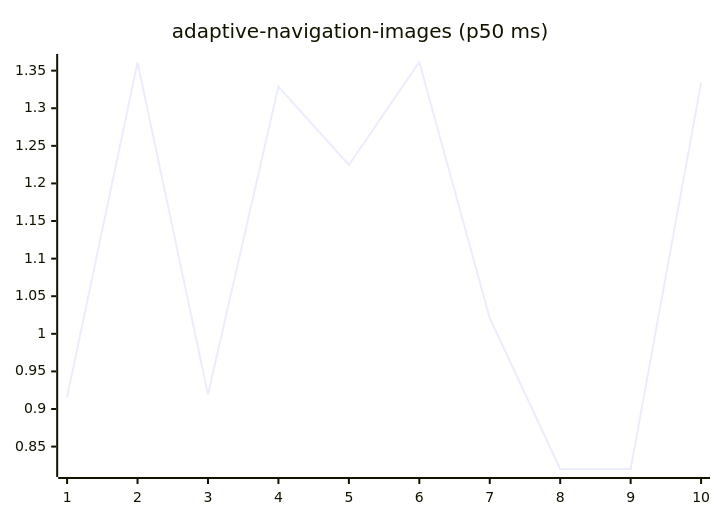
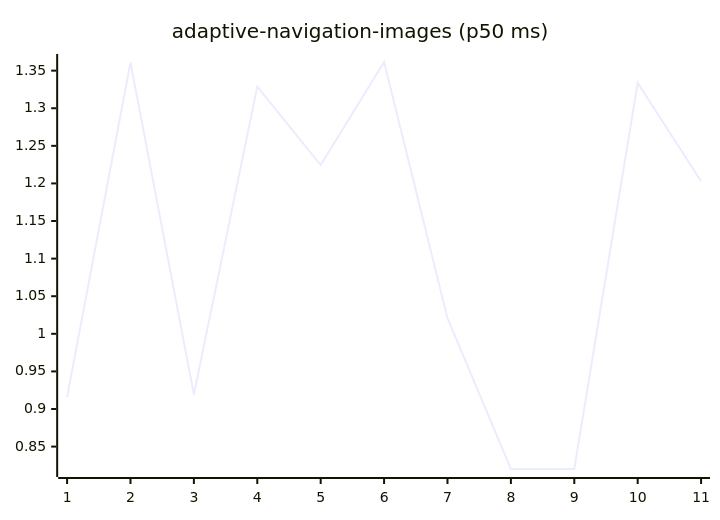
The first of 27 diagrams in README.md (josha/Facet), drawn with Mermaid before and after one commit. The commit also changed other lines of this file and 2 other files, not shown here.

````diff
--- a/README.md
+++ b/README.md
@@ -63,6 +63,6 @@
 ```mermaid
 xychart-beta
     title "adaptive-navigation-images (p50 ms)"
-    x-axis 1 --> 10
-    line [0.9159, 1.3609, 0.9193, 1.3288, 1.2245, 1.3615, 1.0208, 0.8202, 0.8203, 1.3336]
+    x-axis 1 --> 11
+    line [0.9159, 1.3609, 0.9193, 1.3288, 1.2245, 1.3615, 1.0208, 0.8202, 0.8203, 1.3336, 1.2030]
 ```
````
